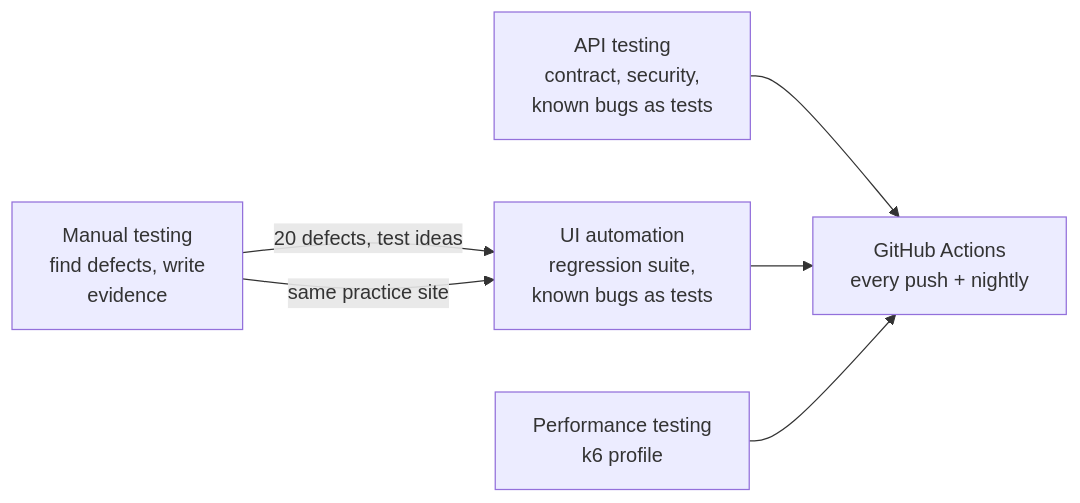
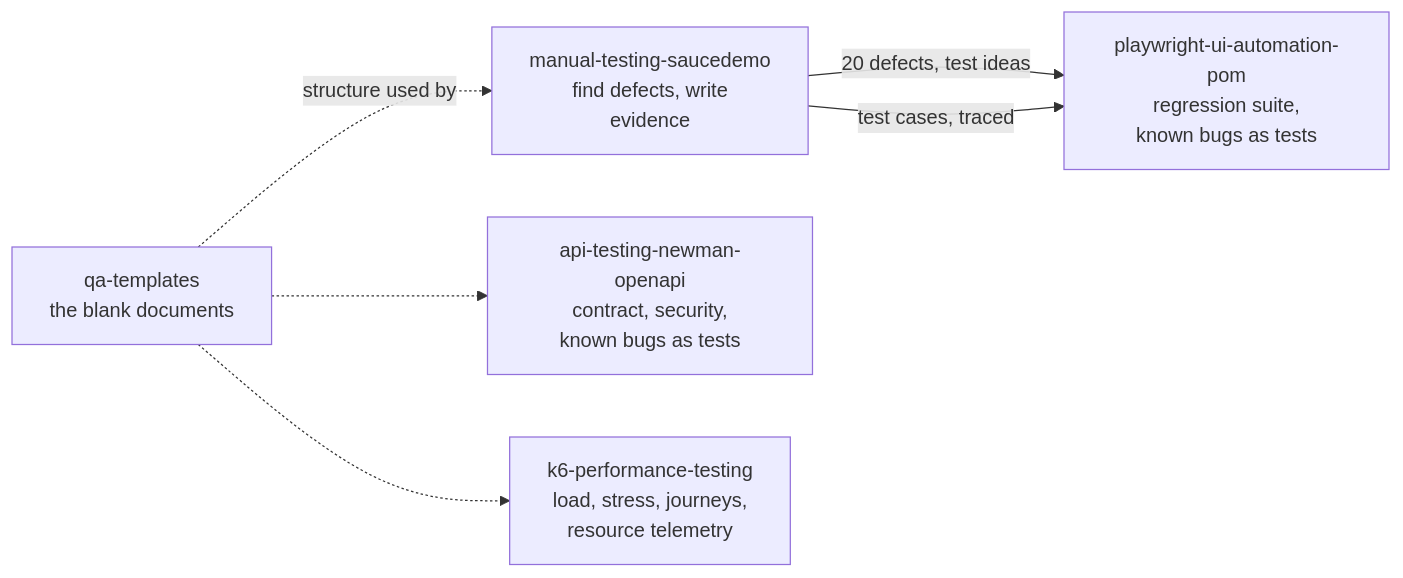
The diagram in README.md (jahidulislamrihan26/sqa-portfolio), drawn with Mermaid before and after one commit. The commit also changed other lines of this file and 163 other files, not shown here.

````diff
--- a/README.md
+++ b/README.md
@@ -19,8 +20,10 @@
 ```mermaid
 flowchart LR
-    M[Manual testing<br/>find defects, write<br/>evidence] -->|20 defects, test ideas| A[UI automation<br/>regression suite,<br/>known bugs as tests]
-    M -->|same practice site| A
-    API[API testing<br/>contract, security,<br/>known bugs as tests] --> CI
-    A --> CI[GitHub Actions<br/>every push + nightly]
-    P[Performance testing<br/>k6 profile] --> CI
+    M[manual-testing-saucedemo<br/>find defects, write<br/>evidence] -->|20 defects, test ideas| A[playwright-ui-automation-pom<br/>regression suite,<br/>known bugs as tests]
+    M -->|test cases, traced| A
+    API[api-testing-newman-openapi<br/>contract, security,<br/>known bugs as tests]
+    P[k6-performance-testing<br/>load, stress, journeys,<br/>resource telemetry]
+    T[qa-templates<br/>the blank documents] -.->|structure used by| M
+    T -.-> API
+    T -.-> P
 ```
````
